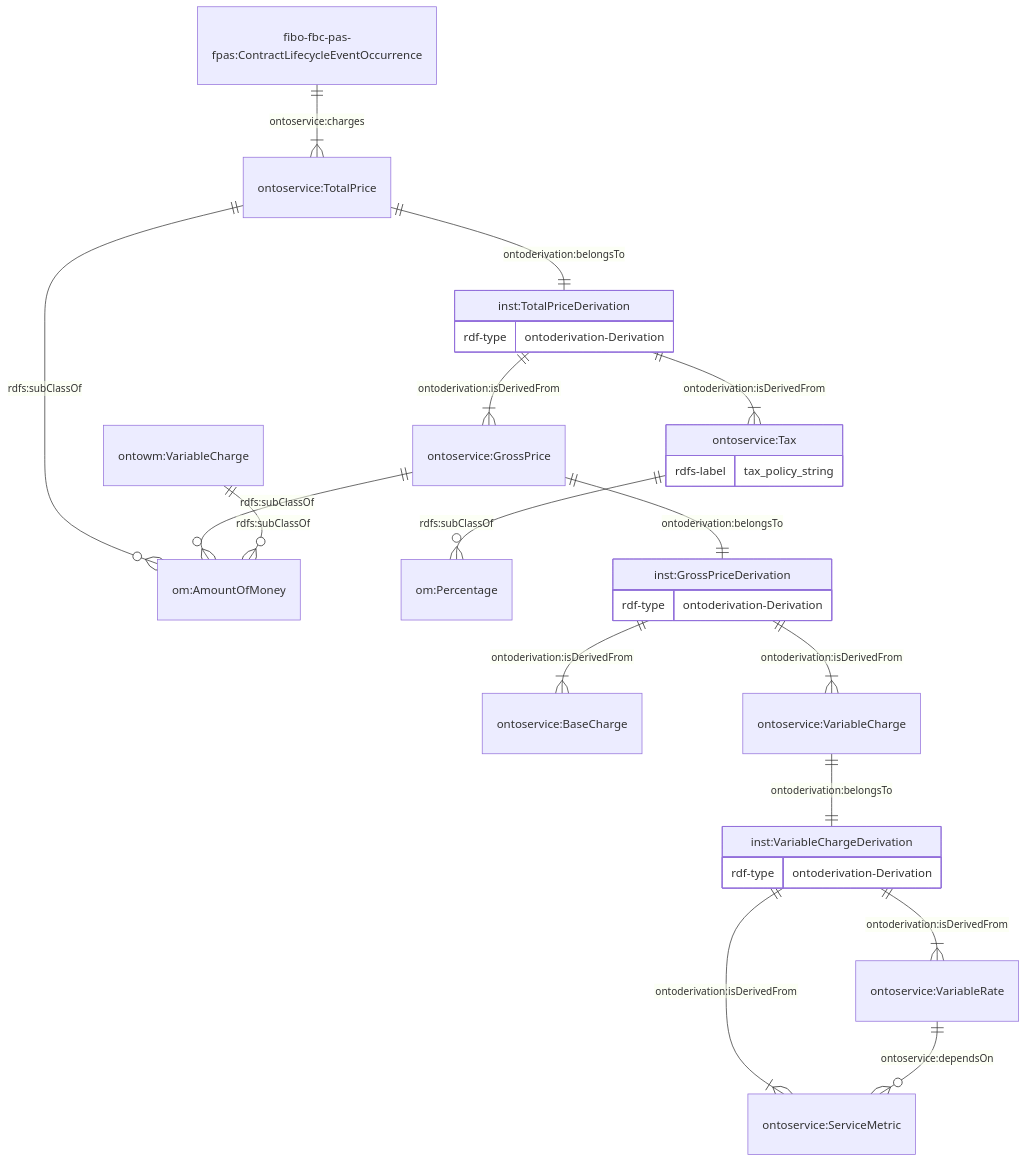
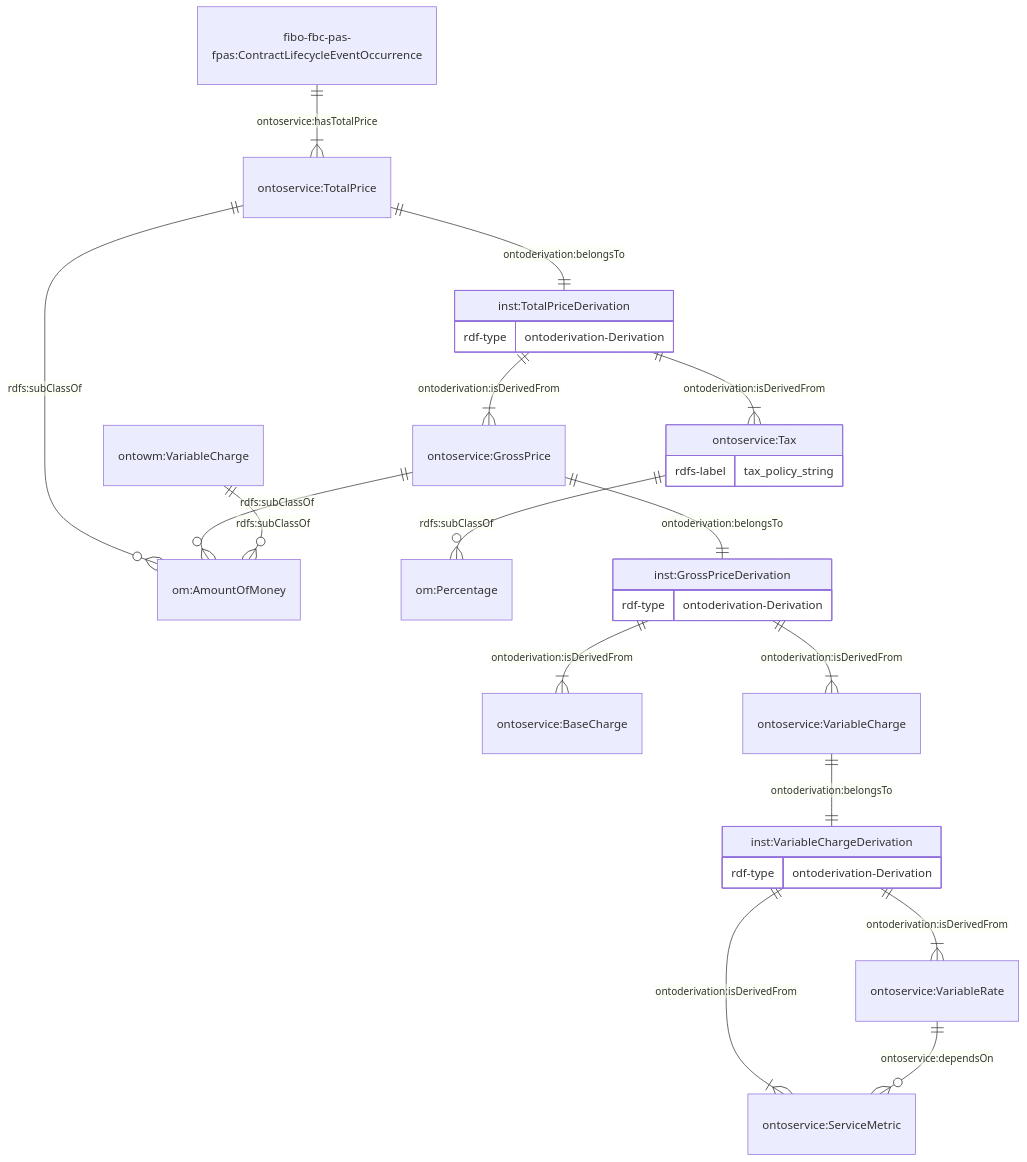
Before and after one commit to cambridge-cares/TheWorldAvatar: the eighth of 8 diagrams in JPS_Ontology/ontology/ontoservice/README.md, drawn with Mermaid. The commit also changed other lines of this file and 2 other files, not shown here.

Commit message:
dev-ontoservice-lifecycle: Updated to hasProperty format for consistency and readability for charges and assignTransport

````diff
--- a/JPS_Ontology/ontology/ontoservice/README.md
+++ b/JPS_Ontology/ontology/ontoservice/README.md
@@ -316,35 +316,35 @@
 ```mermaid
     erDiagram
-    "fibo-fbc-pas-fpas:ContractLifecycleEventOccurrence" ||--|{ "ontoservice:TotalPrice" : "ontoservice:charges"
+    "fibo-fbc-pas-fpas:ContractLifecycleEventOccurrence" ||--|{ "ontoservice:TotalPrice" : "ontoservice:hasTotalPrice"
     "ontoservice:TotalPrice" ||--|| "inst:TotalPriceDerivation" : "ontoderivation:belongsTo"
     "inst:TotalPriceDerivation" ||--|{ "ontoservice:GrossPrice" : "ontoderivation:isDerivedFrom"
     "inst:TotalPriceDerivation" ||--|{ "ontoservice:Tax" : "ontoderivation:isDerivedFrom"
     "inst:TotalPriceDerivation" {
         rdf-type ontoderivation-Derivation
     }
 
     "ontoservice:TotalPrice" ||--o{ "om:AmountOfMoney" : "rdfs:subClassOf"
     "ontoservice:GrossPrice" ||--o{ "om:AmountOfMoney" : "rdfs:subClassOf"
     "ontoservice:Tax" ||--o{ "om:Percentage" : "rdfs:subClassOf"
     "ontoservice:Tax" {
         rdfs-label tax_policy_string
     }
 
     "ontoservice:GrossPrice" ||--|| "inst:GrossPriceDerivation" : "ontoderivation:belongsTo"
     "inst:GrossPriceDerivation" ||--|{ "ontoservice:BaseCharge" : "ontoderivation:isDerivedFrom"
     "inst:GrossPriceDerivation" ||--|{ "ontoservice:VariableCharge" : "ontoderivation:isDerivedFrom"
     "inst:GrossPriceDerivation" {
         rdf-type ontoderivation-Derivation
     }
 
     "ontowm:VariableCharge" ||--o{ "om:AmountOfMoney" : "rdfs:subClassOf"
 
     "ontoservice:VariableCharge" ||--|| "inst:VariableChargeDerivation" : "ontoderivation:belongsTo"
     "inst:VariableChargeDerivation" ||--|{ "ontoservice:VariableRate" : "ontoderivation:isDerivedFrom"
     "inst:VariableChargeDerivation" ||--|{ "ontoservice:ServiceMetric" : "ontoderivation:isDerivedFrom"
     "ontoservice:VariableRate" ||--o{ "ontoservice:ServiceMetric"  : "ontoservice:dependsOn"
 
     "inst:VariableChargeDerivation" {
         rdf-type ontoderivation-Derivation
     }
 ```
````
